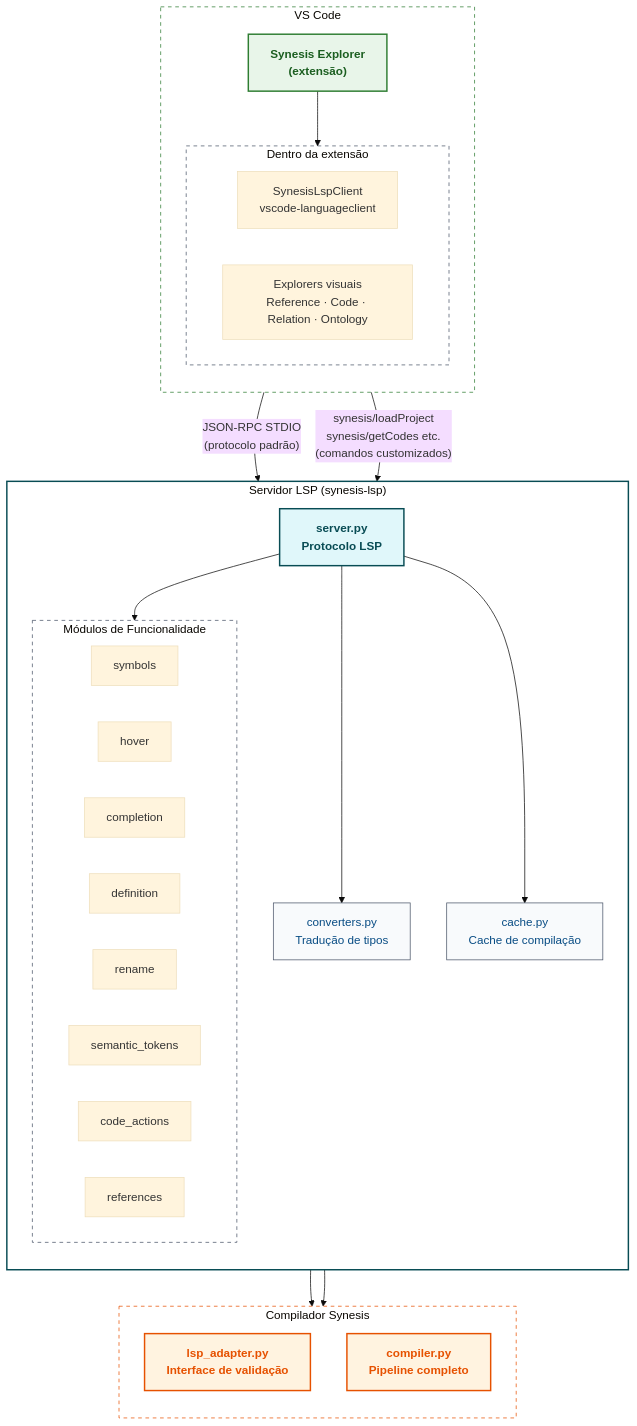
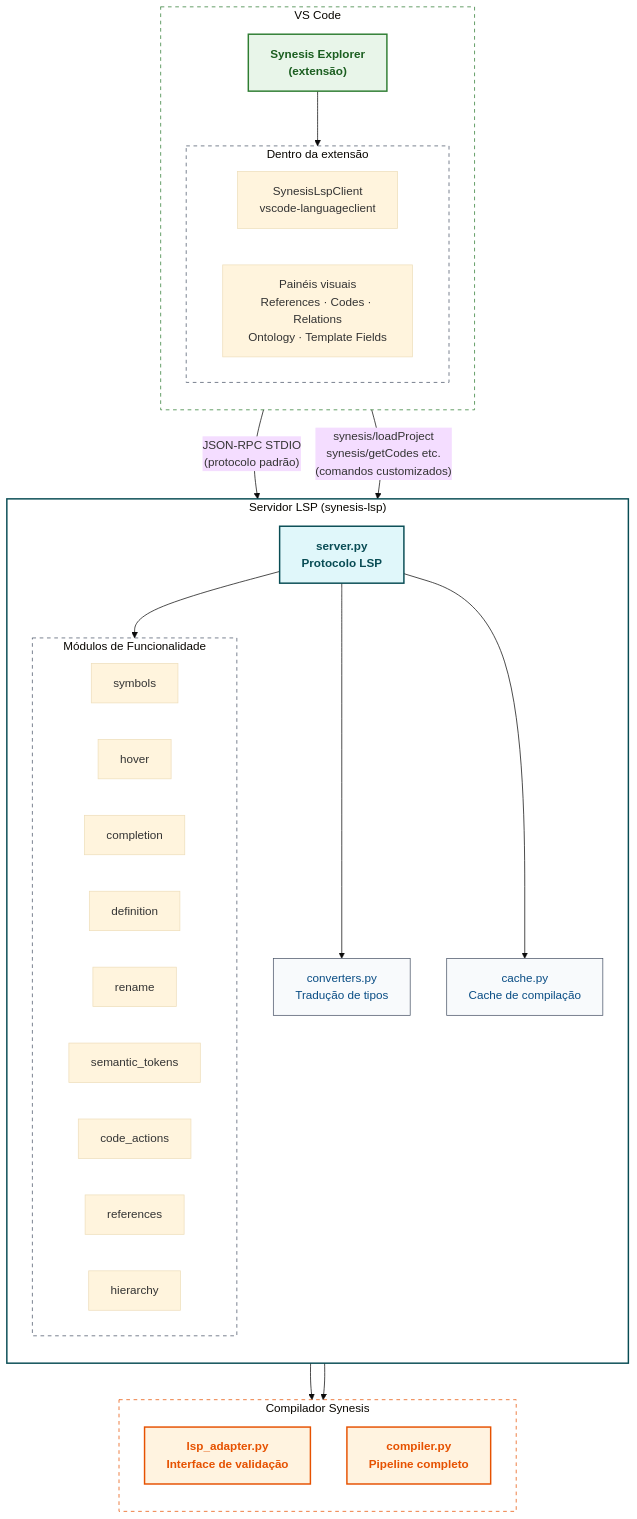
Before and after one commit to synesis-lang/synesis-docs-sources: the second of 5 diagrams in pt/explanation/interface_lsp.qmd, drawn with Mermaid (base theme). The commit also changed other lines of this file and 91 other files, not shown here.

````diff
--- a/pt/explanation/interface_lsp.qmd
+++ b/pt/explanation/interface_lsp.qmd
@@ -38,57 +38,58 @@
 ```{mermaid}
 flowchart TB
     classDef extension fill:#E8F5E9,stroke:#2E7D32,stroke-width:2px,color:#1B5E20,font-weight:bold;
     classDef protocol fill:#E0F7FA,stroke:#084C54,stroke-width:2px,color:#084C54,font-weight:bold;
     classDef adapter fill:#F8FAFC,stroke:#4A5568,stroke-width:1px,color:#084C84;
     classDef compiler fill:#FFF3E0,stroke:#E65100,stroke-width:2px,color:#E65100,font-weight:bold;
 
     subgraph VSCode ["VS Code"]
         direction TB
         EX["Synesis Explorer<br/>(extensão)"]:::extension
         subgraph ExplorerInternals ["Dentro da extensão"]
             direction LR
             LC["SynesisLspClient<br/>vscode-languageclient"]
-            UI["Explorers visuais<br/>Reference · Code · Relation · Ontology"]
+            UI["Painéis visuais<br/>References · Codes · Relations<br/>Ontology · Template Fields"]
         end
         EX --> ExplorerInternals
     end
 
     subgraph LSP ["Servidor LSP (synesis-lsp)"]
         direction TB
         S["server.py<br/>Protocolo LSP"]:::protocol
         C["converters.py<br/>Tradução de tipos"]:::adapter
         CA["cache.py<br/>Cache de compilação"]:::adapter
 
         subgraph Features ["Módulos de Funcionalidade"]
             direction LR
             F1["symbols"]
             F2["hover"]
             F3["completion"]
             F4["definition"]
             F5["rename"]
             F6["semantic_tokens"]
             F7["code_actions"]
             F8["references"]
+            F9["hierarchy"]
         end
     end
 
     subgraph Compiler ["Compilador Synesis"]
         direction TB
         LA["lsp_adapter.py<br/>Interface de validação"]:::compiler
         COMP["compiler.py<br/>Pipeline completo"]:::compiler
     end
 
     LC -- "JSON-RPC STDIO<br/>(protocolo padrão)" --> S
     LC -- "synesis/loadProject<br/>synesis/getCodes etc.<br/>(comandos customizados)" --> S
     S --> C
     S --> CA
     S --> Features
     C --> LA
     CA --> COMP
 
     style VSCode fill:transparent,stroke:#2E7D32,stroke-width:1px,stroke-dasharray:5 5
     style ExplorerInternals fill:transparent,stroke:#4A5568,stroke-width:1px,stroke-dasharray:5 5
     style LSP fill:transparent,stroke:#084C54,stroke-width:2px
     style Features fill:transparent,stroke:#4A5568,stroke-width:1px,stroke-dasharray:5 5
     style Compiler fill:transparent,stroke:#E65100,stroke-width:1px,stroke-dasharray:5 5
 ```
````
